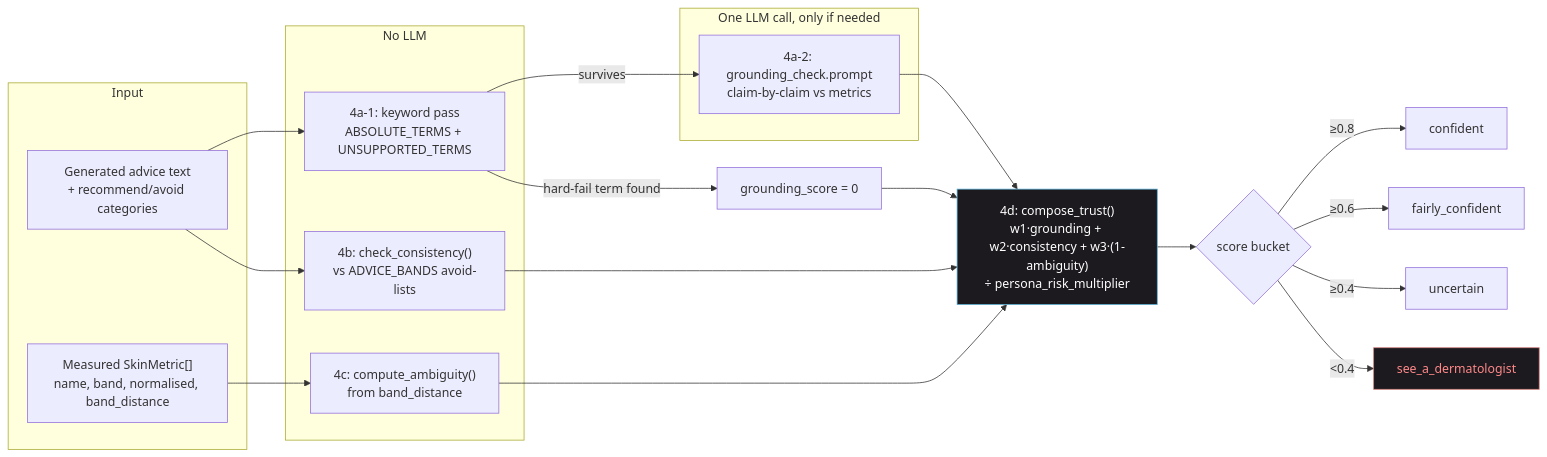
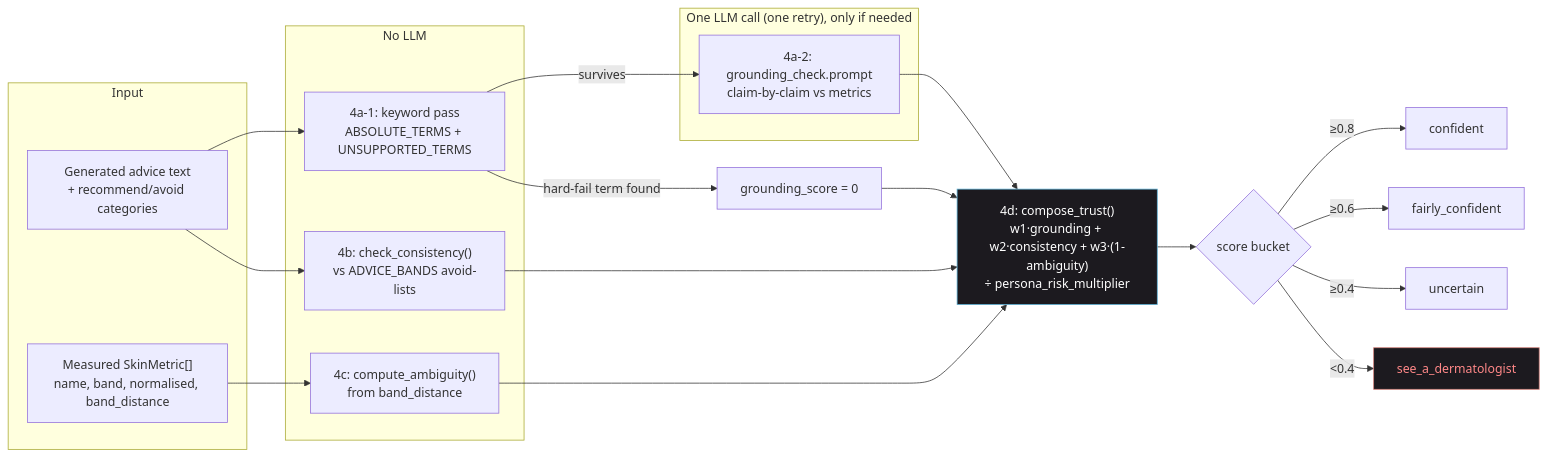
One commit to ask-anannya/Wabi-Sabi changed the sixth of 10 diagrams in ARCHITECTURE.md. Above: the diagram before and after it, drawn with Mermaid. The commit also changed other lines of this file and 4 other files, not shown here.

Commit message:
Docs: bring architecture, README, About and grounding docs up to date

````diff
--- a/ARCHITECTURE.md
+++ b/ARCHITECTURE.md
@@ -214,37 +331,37 @@
 ```mermaid
 flowchart LR
     subgraph Input
         M["Measured SkinMetric[]<br/>name, band, normalised, band_distance"]
         ADV["Generated advice text<br/>+ recommend/avoid categories"]
     end
 
     subgraph Deterministic["No LLM"]
         DET["4a-1: keyword pass<br/>ABSOLUTE_TERMS + UNSUPPORTED_TERMS"]
         CONS["4b: check_consistency()<br/>vs ADVICE_BANDS avoid-lists"]
         AMB["4c: compute_ambiguity()<br/>from band_distance"]
     end
 
-    subgraph Judge["One LLM call, only if needed"]
+    subgraph Judge["One LLM call (one retry), only if needed"]
         LLM["4a-2: grounding_check.prompt<br/>claim-by-claim vs metrics"]
     end
 
     ADV --> DET
     DET -->|survives| LLM
     DET -->|hard-fail term found| FAIL1["grounding_score = 0"]
     ADV --> CONS
     M --> AMB
 
     LLM --> COMP["4d: compose_trust()<br/>w1·grounding + w2·consistency + w3·(1-ambiguity)<br/>÷ persona_risk_multiplier"]
     FAIL1 --> COMP
     CONS --> COMP
     AMB --> COMP
 
     COMP --> BAND{"score bucket"}
     BAND -->|≥0.8| CONFIDENT["confident"]
     BAND -->|≥0.6| FAIRLY["fairly_confident"]
     BAND -->|≥0.4| UNCERTAIN["uncertain"]
     BAND -->|<0.4| DERM["see_a_dermatologist"]
 
     style COMP fill:#1c1a1f,stroke:#5fb4d9,color:#fff
     style DERM fill:#1c1a1f,stroke:#d4807a,color:#f88
 ```
````
